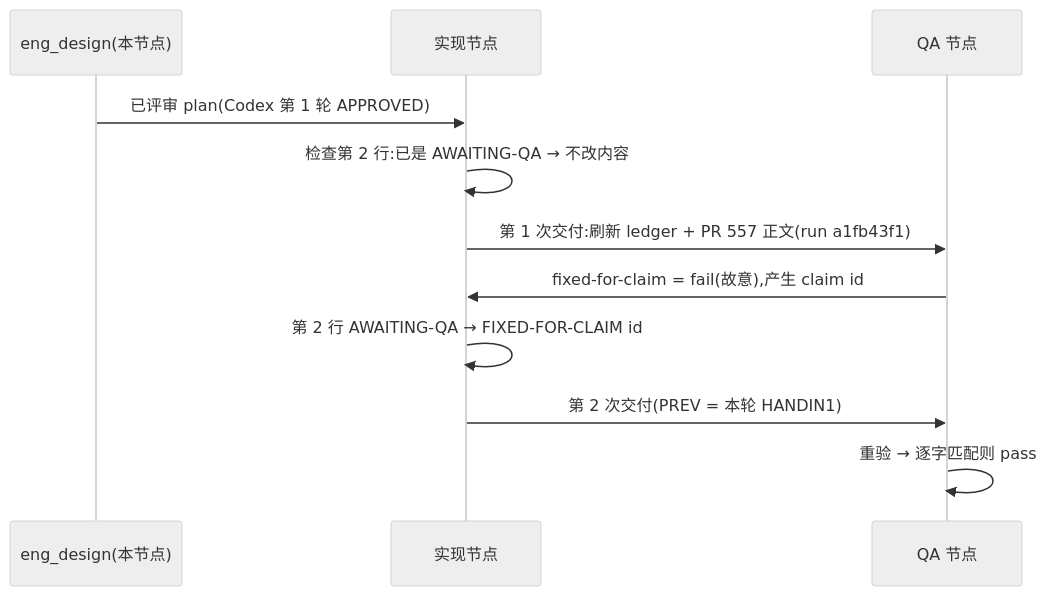
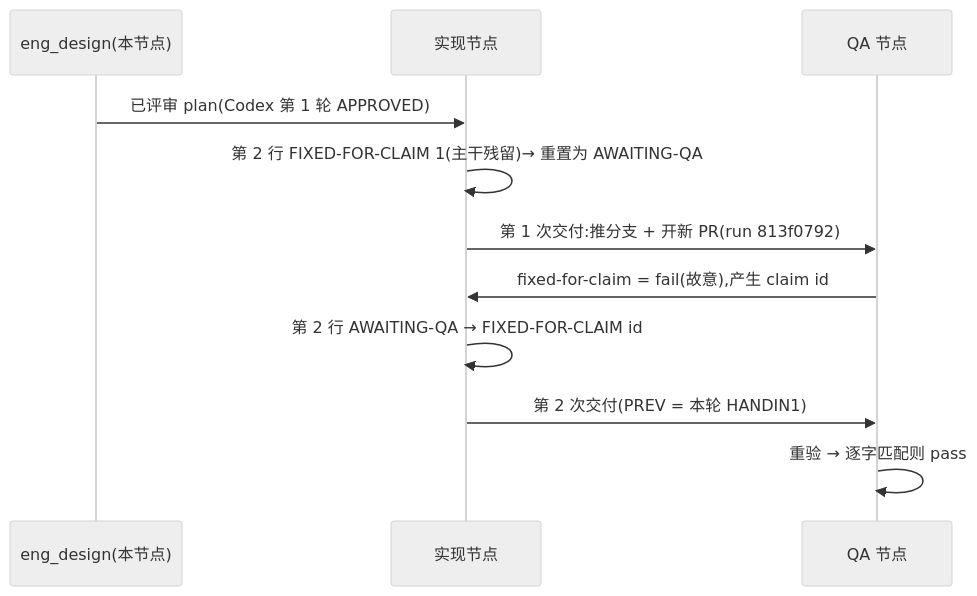
The diagram in engineering/doc/FLY-3226-real-runner-drill/d1-core-flow.mmd (xrliAnnie/flywheel-qa-sandbox), drawn with Mermaid (neutral theme) before and after one commit. The commit also changed 7 other files, not shown here.

```diff
--- a/engineering/doc/FLY-3226-real-runner-drill/d1-core-flow.mmd
+++ b/engineering/doc/FLY-3226-real-runner-drill/d1-core-flow.mmd
@@ -1,11 +1,11 @@
 sequenceDiagram
     participant S as eng_design(本节点)
     participant I as 实现节点
     participant Q as QA 节点
     S->>I: 已评审 plan(Codex 第 1 轮 APPROVED)
-    I->>I: 检查第 2 行:已是 AWAITING-QA → 不改内容
-    I->>Q: 第 1 次交付:刷新 ledger + PR 557 正文(run a1fb43f1)
+    I->>I: 第 2 行 FIXED-FOR-CLAIM 1(主干残留)→ 重置为 AWAITING-QA
+    I->>Q: 第 1 次交付:推分支 + 开新 PR(run 813f0792)
     Q->>I: fixed-for-claim = fail(故意),产生 claim id
     I->>I: 第 2 行 AWAITING-QA → FIXED-FOR-CLAIM id
     I->>Q: 第 2 次交付(PREV = 本轮 HANDIN1)
     Q->>Q: 重验 → 逐字匹配则 pass
```
